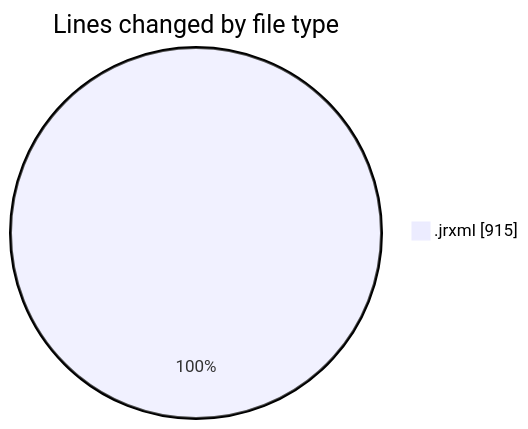
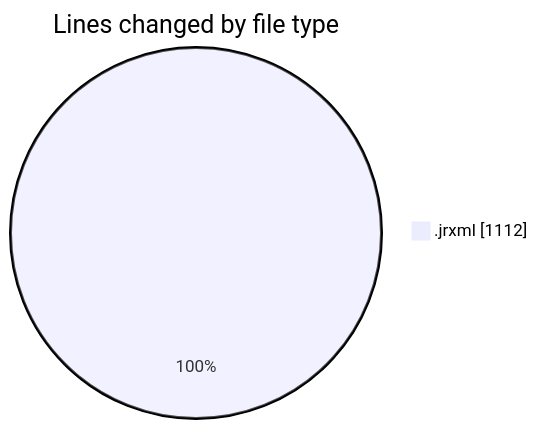
Before and after one commit to ricardozamudiocil/code-tracking: the first of 2 diagrams in 2026-04-22/cilreports__workspace_/README.md, drawn with Mermaid. The commit also changed other lines of this file and 1 other file, not shown here.

````diff
--- a/2026-04-22/cilreports__workspace_/README.md
+++ b/2026-04-22/cilreports__workspace_/README.md
@@ -21,5 +21,5 @@
 ```mermaid
 pie showData
 title Lines changed by file type
-".jrxml" : 915
+".jrxml" : 1112
 ```
````
